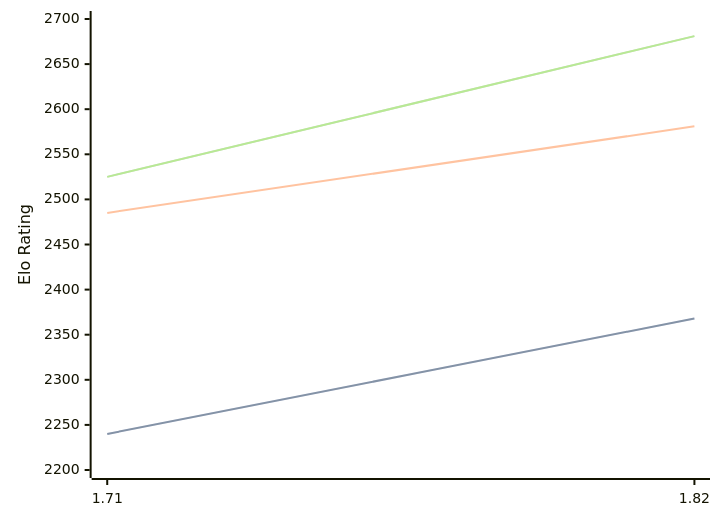
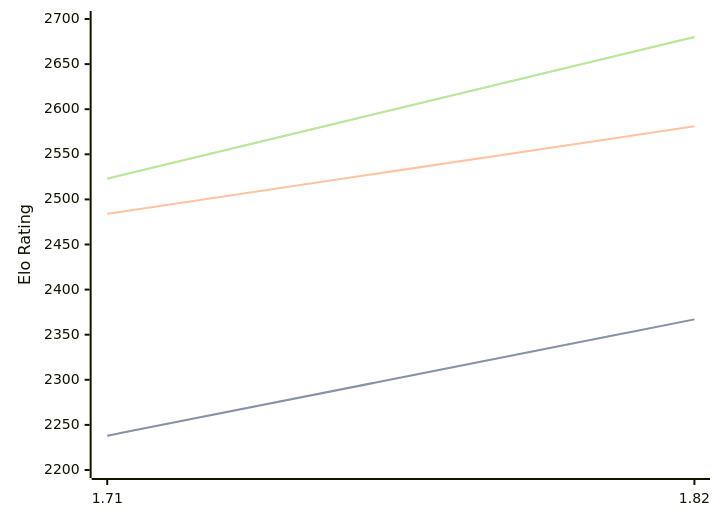
Before and after one commit to computer-chess-index/cci: the diagram in engines/Amira.md, drawn with Mermaid. The commit also changed other lines of this file, not shown here.

Commit message:
Update CCI Ratings (ELO VLTC) - 2026-02-28

````diff
--- a/engines/Amira.md
+++ b/engines/Amira.md
@@ -33,11 +33,11 @@
 ```mermaid
 %%{init: {"theme":"base","themeVariables":{"seriesColors:['#a3a3a3','#222221','#faa371']}}}%%
 xychart-beta
   x-axis ["1.71", "1.82"]
   y-axis "Elo Rating" 2200 --> 2700
-  line "STC (8.0+0.08s)" [2240, 2368]
-  line "STC (8.0+0.08s)" [2240, 2368]
-  line "LTC (60.0+0.60s)" [2485, 2581]
-  line "VLTC (2m24s+1.12s)" [2525, 2681]
-  line "VLTC (2m24s+1.12s)" [2525, 2681]
+  line "STC (8.0+0.08s)" [2238, 2367]
+  line "STC (8.0+0.08s)" [2238, 2367]
+  line "LTC (60.0+0.60s)" [2484, 2581]
+  line "VLTC (2m24s+1.12s)" [2523, 2680]
+  line "VLTC (2m24s+1.12s)" [2523, 2680]
 ```
````
